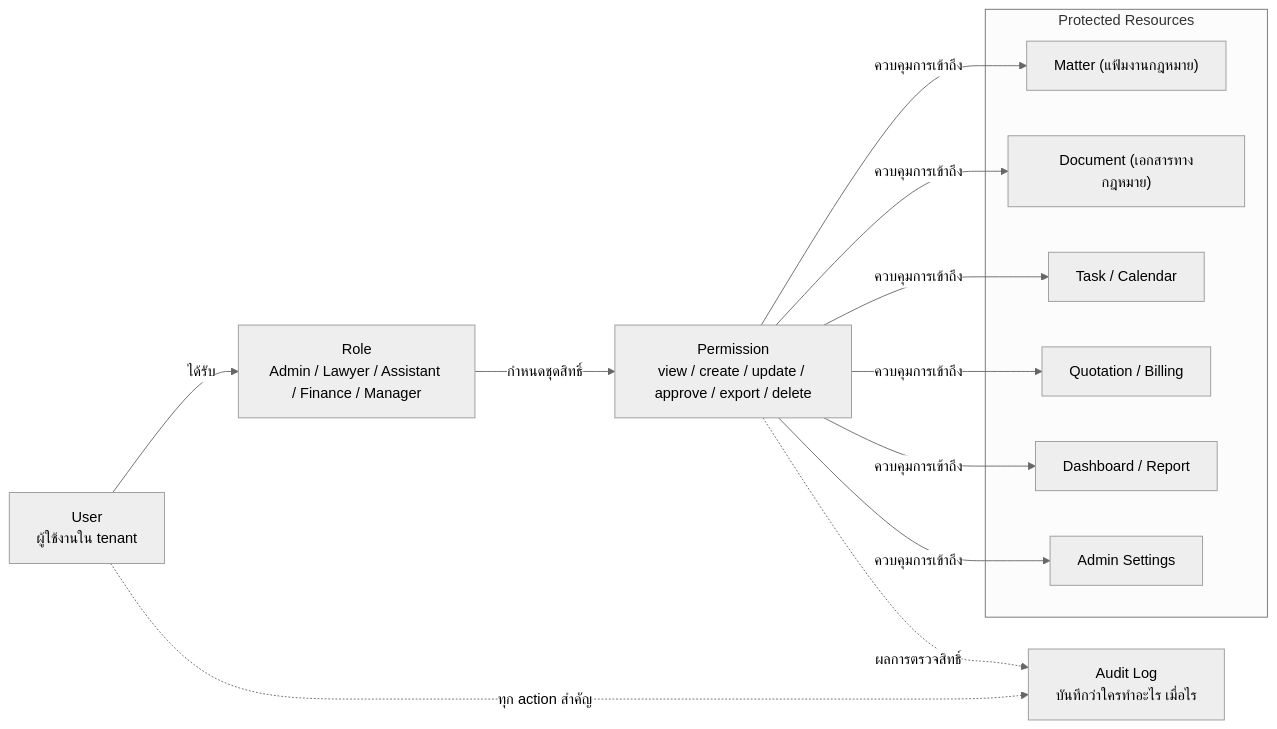
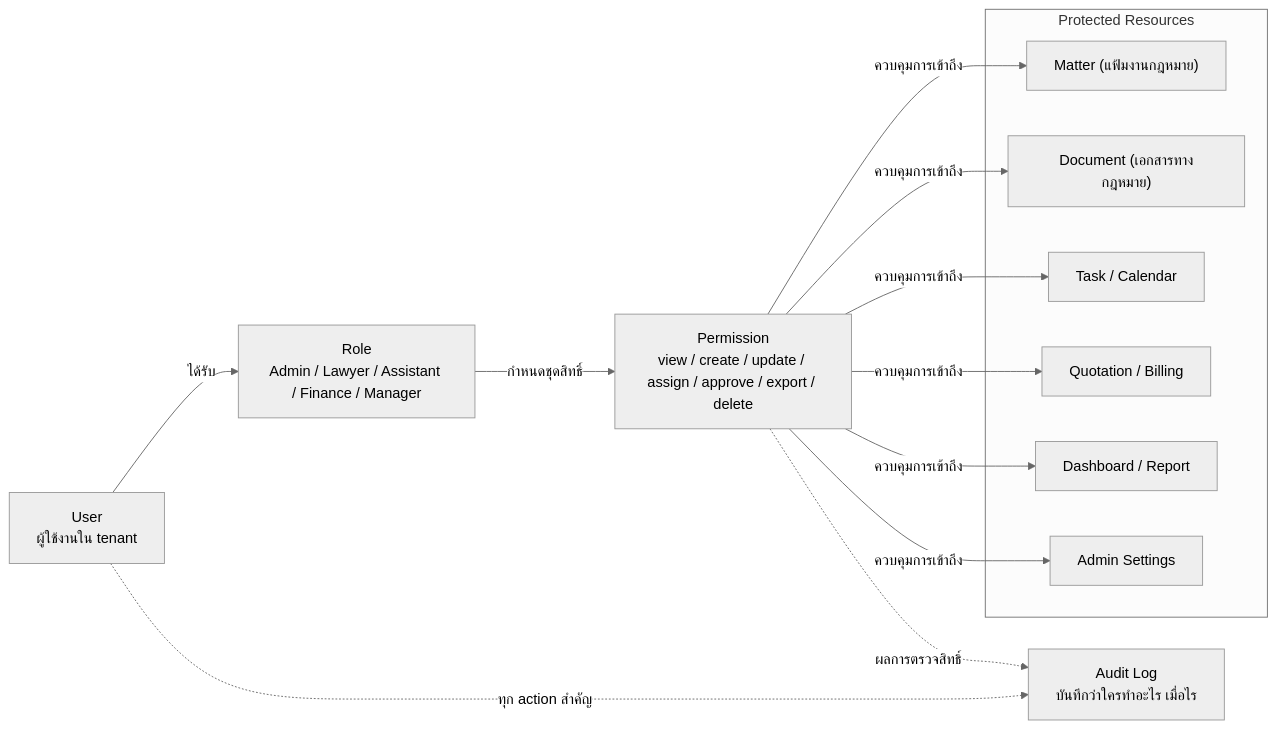
Before and after one commit to yukasung/legal_erp_docs: the diagram in docs/app/docs/roles/permissions/page.mdx, drawn with Mermaid (neutral theme). The commit also changed other lines of this file and 1 other file, not shown here.

Commit message:
Add role permission matrix

````diff
--- a/docs/app/docs/roles/permissions/page.mdx
+++ b/docs/app/docs/roles/permissions/page.mdx
@@ -11,29 +11,29 @@
 ```mermaid
 flowchart LR
   User["User<br/>ผู้ใช้งานใน tenant"]
   Role["Role<br/>Admin / Lawyer / Assistant / Finance / Manager"]
-  Permission["Permission<br/>view / create / update / approve / export / delete"]
+  Permission["Permission<br/>view / create / update / assign / approve / export / delete"]
 
   subgraph Resources["Protected Resources"]
     Matter["Matter (แฟ้มงานกฎหมาย)"]
     Document["Document (เอกสารทางกฎหมาย)"]
     Task["Task / Calendar"]
     Billing["Quotation / Billing"]
     Report["Dashboard / Report"]
     AdminConfig["Admin Settings"]
   end
 
   Audit["Audit Log<br/>บันทึกว่าใครทำอะไร เมื่อไร"]
 
   User -->|"ได้รับ"| Role
   Role -->|"กำหนดชุดสิทธิ์"| Permission
   Permission -->|"ควบคุมการเข้าถึง"| Matter
   Permission -->|"ควบคุมการเข้าถึง"| Document
   Permission -->|"ควบคุมการเข้าถึง"| Task
   Permission -->|"ควบคุมการเข้าถึง"| Billing
   Permission -->|"ควบคุมการเข้าถึง"| Report
   Permission -->|"ควบคุมการเข้าถึง"| AdminConfig
 
   User -. "ทุก action สำคัญ" .-> Audit
   Permission -. "ผลการตรวจสิทธิ์" .-> Audit
 ```
````
